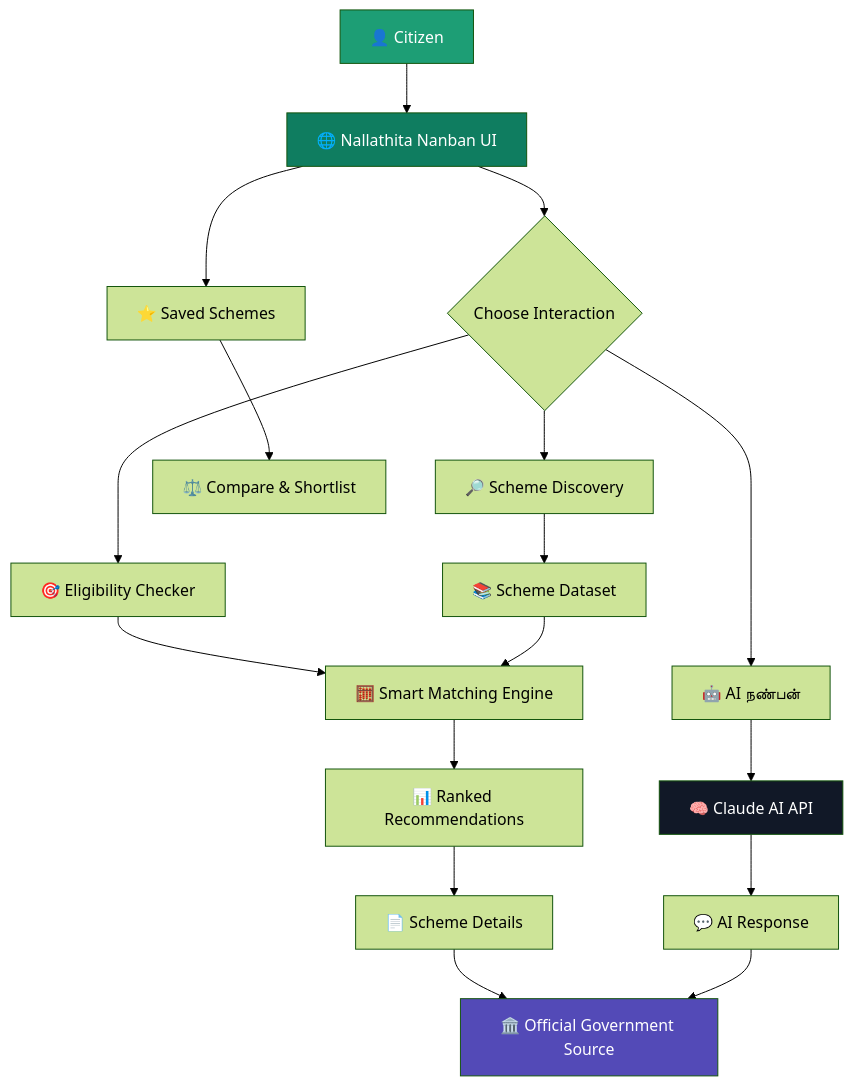
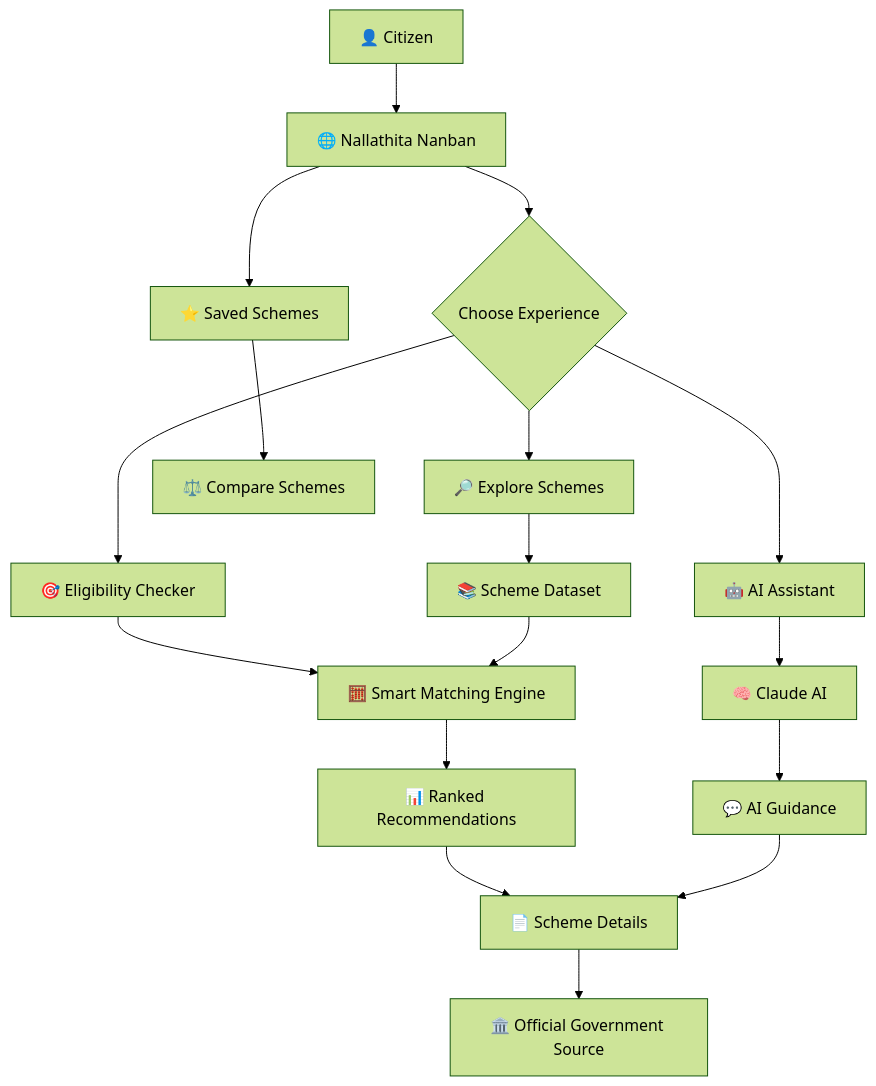
Before and after one commit to AravindInish/Nalathita-Nanban-AI: the first of 4 diagrams in README.md, drawn with Mermaid (forest theme). The commit also changed other lines of this file, not shown here.

````diff
--- a/README.md
+++ b/README.md
@@ -227,32 +225,29 @@
 ```mermaid
 flowchart TD
 
-    A["👤 Citizen"] --> B["🌐 Nallathita Nanban UI"]
+    A["👤 Citizen"] --> B["🌐 Nallathita Nanban"]
 
-    B --> C{"Choose Interaction"}
+    B --> C{"Choose Experience"}
 
-    C --> D["🔎 Scheme Discovery"]
-    C --> E["🤖 AI நண்பன்"]
+    C --> D["🔎 Explore Schemes"]
+    C --> E["🤖 AI Assistant"]
     C --> F["🎯 Eligibility Checker"]
 
     D --> G["📚 Scheme Dataset"]
+
     F --> H["🧮 Smart Matching Engine"]
     G --> H
 
-    E --> I["🧠 Claude AI API"]
-    I --> J["💬 AI Response"]
+    E --> I["🧠 Claude AI"]
+    I --> J["💬 AI Guidance"]
 
     H --> K["📊 Ranked Recommendations"]
+
     K --> L["📄 Scheme Details"]
+    J --> L
 
     L --> M["🏛️ Official Government Source"]
-    J --> M
 
     B --> N["⭐ Saved Schemes"]
-    N --> O["⚖️ Compare & Shortlist"]
-
-    style A fill:#1D9E75,color:#fff
-    style B fill:#0F7D60,color:#fff
-    style I fill:#111827,color:#fff
-    style M fill:#534AB7,color:#fff
+    N --> O["⚖️ Compare Schemes"]
 ```
````
